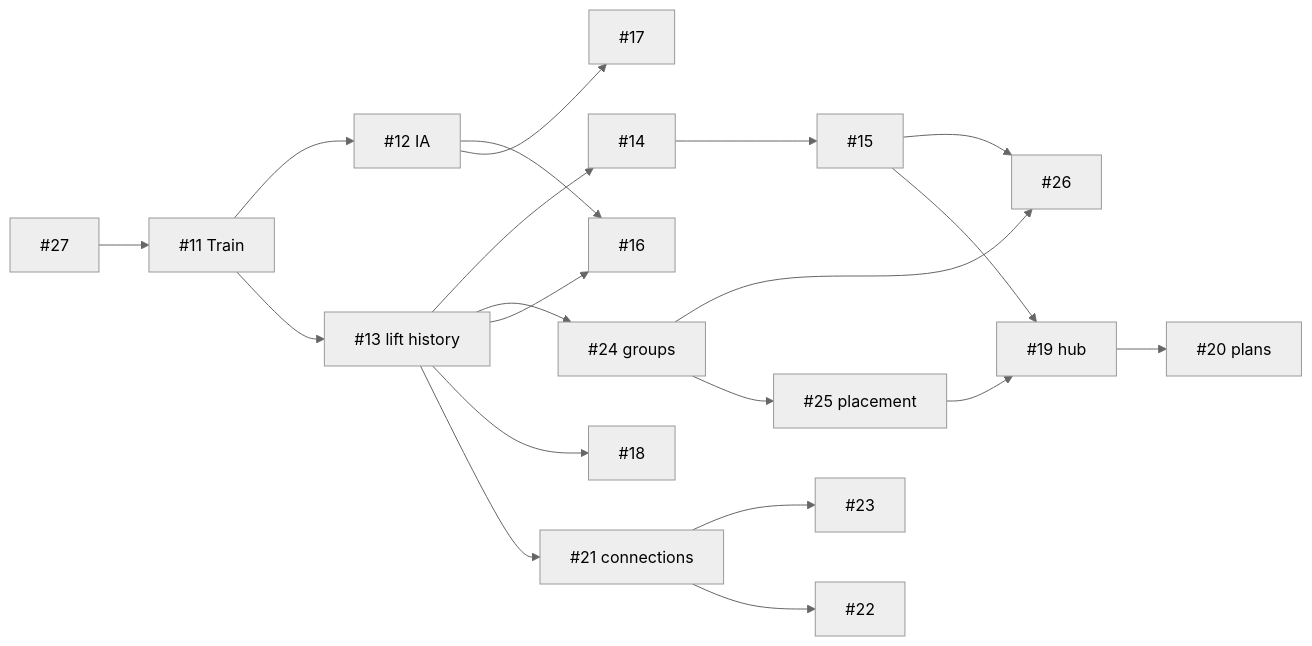
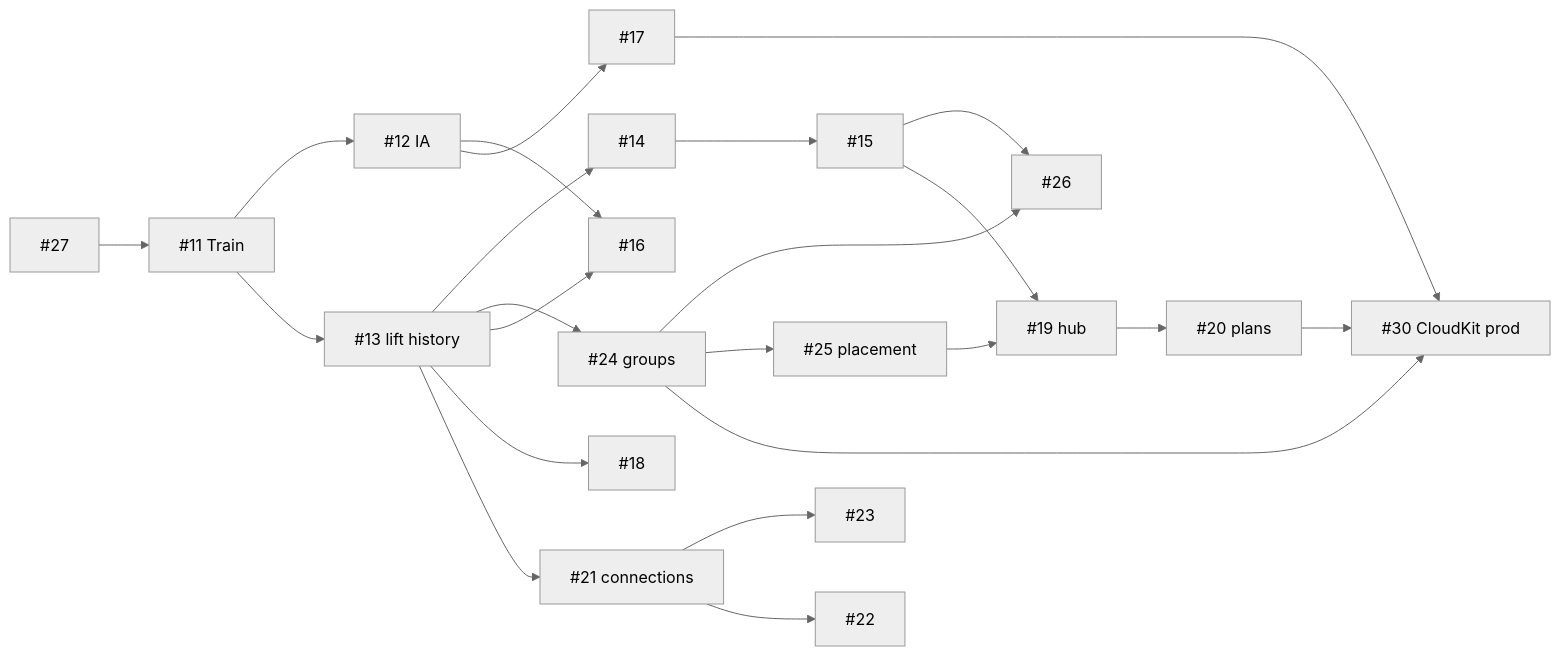
One commit to bradlet/train changed the diagram in docs/planning/EXECUTION_PLAN.md. Above: the diagram before and after it, drawn with Mermaid (neutral theme). The commit also changed other lines of this file and 3 other files, not shown here.

````diff
--- a/docs/planning/EXECUTION_PLAN.md
+++ b/docs/planning/EXECUTION_PLAN.md
@@ -54,14 +57,15 @@
 ```mermaid
 flowchart LR
     I27["#27"] --> I11["#11 Train"]
     I11 --> I12["#12 IA"] & I13["#13 lift history"]
     I13 --> I14["#14"] --> I15["#15"] --> I26["#26"]
     I13 --> I24["#24 groups"] --> I26
     I12 & I13 --> I16["#16"]
     I12 --> I17["#17"]
     I13 --> I18["#18"]
     I24 --> I25["#25 placement"] --> I19["#19 hub"]
     I15 --> I19
     I19 --> I20["#20 plans"]
     I13 --> I21["#21 connections"] --> I23["#23"] & I22["#22"]
+    I17 & I20 & I24 --> I30["#30 CloudKit prod"]
 ```
````
